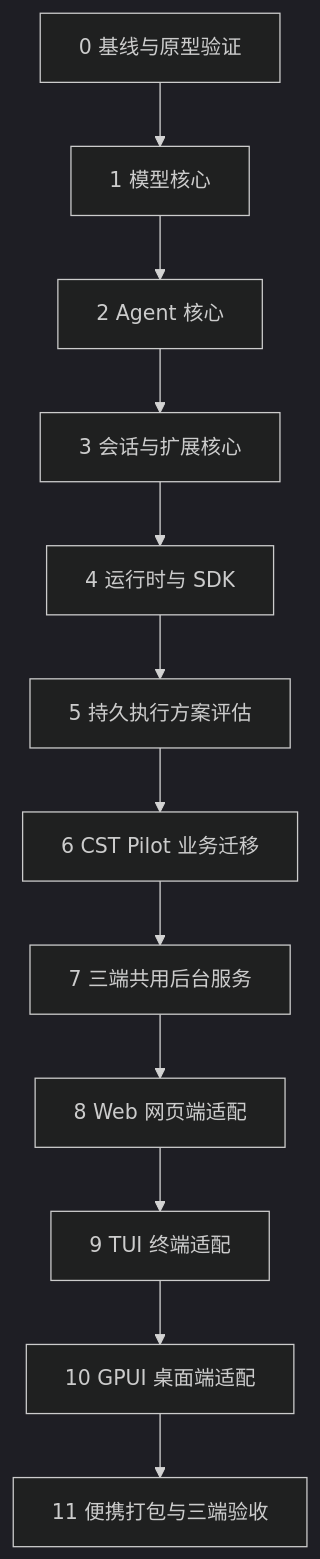
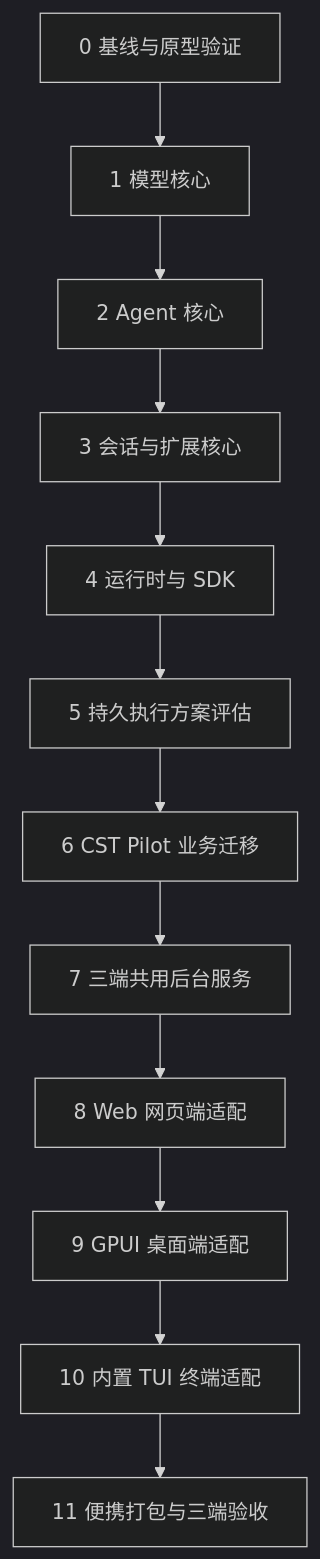
The diagram in doc/rust/plan/0.PLAN.md (SCAU-Computer-Serving-Team/cst-pilot), drawn with Mermaid (dark theme) before and after one commit. The commit also changed other lines of this file and 46 other files, not shown here.

````diff
--- a/doc/rust/plan/0.PLAN.md
+++ b/doc/rust/plan/0.PLAN.md
@@ -28,14 +28,14 @@
 ```mermaid
 flowchart TD
     P0["0 基线与原型验证"] --> P1["1 模型核心"]
     P1 --> P2["2 Agent 核心"]
     P2 --> P3["3 会话与扩展核心"]
     P3 --> P4["4 运行时与 SDK"]
     P4 --> P5["5 持久执行方案评估"]
     P5 --> P6["6 CST Pilot 业务迁移"]
     P6 --> P7["7 三端共用后台服务"]
     P7 --> P8["8 Web 网页端适配"]
-    P8 --> P9["9 TUI 终端适配"]
-    P9 --> P10["10 GPUI 桌面端适配"]
+    P8 --> P9["9 GPUI 桌面端适配"]
+    P9 --> P10["10 内置 TUI 终端适配"]
     P10 --> P11["11 便携打包与三端验收"]
 ```
````
